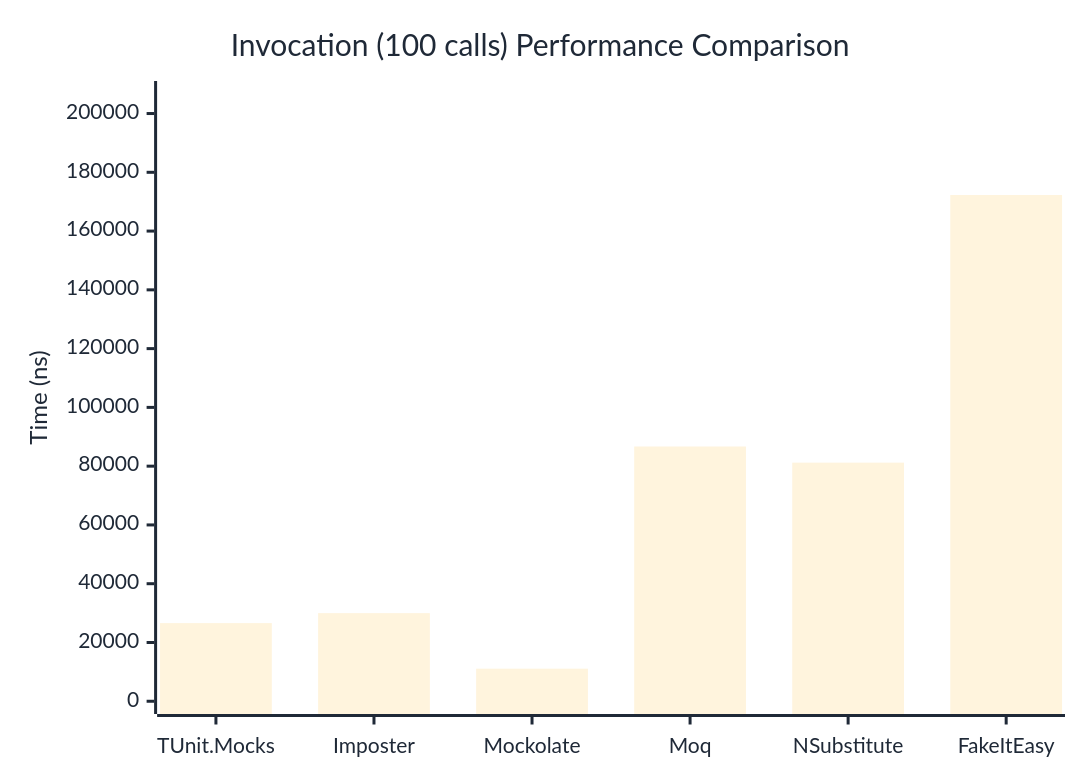
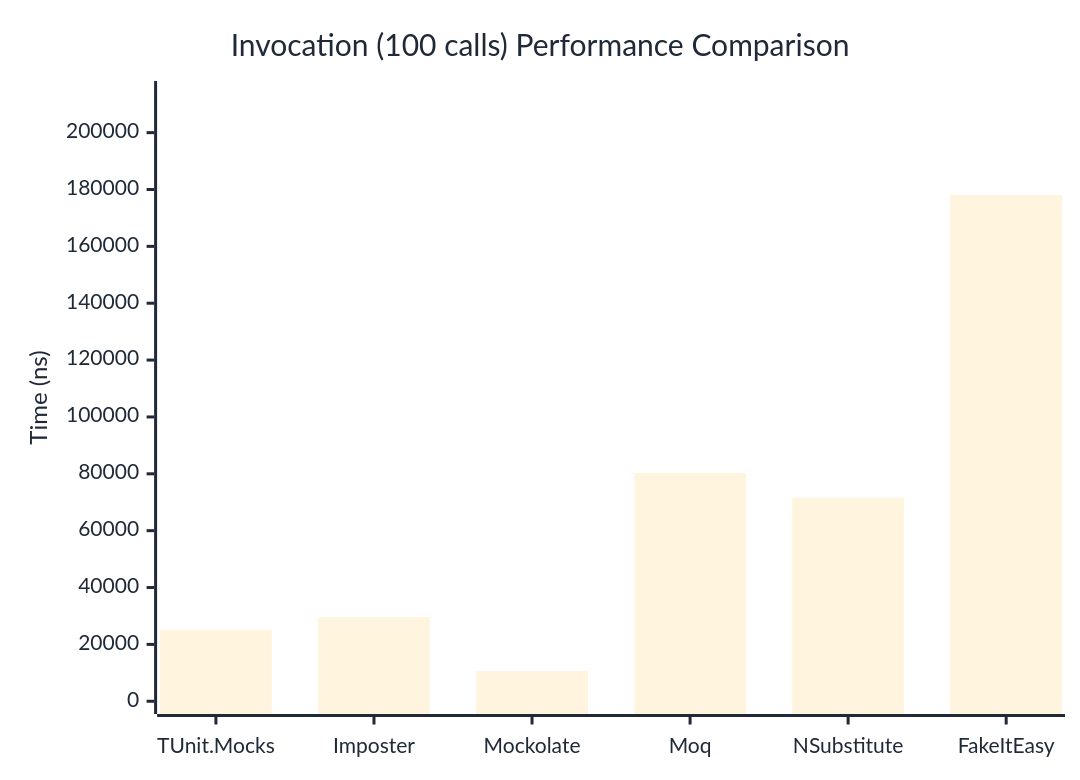
The third of 3 diagrams in docs/docs/benchmarks/mocks/Invocation.md (thomhurst/TUnit), drawn with Mermaid before and after one commit. The commit also changed other lines of this file and 14 other files, not shown here.

````diff
--- a/docs/docs/benchmarks/mocks/Invocation.md
+++ b/docs/docs/benchmarks/mocks/Invocation.md
@@ -110,27 +110,27 @@
 ```mermaid
 %%{init: {
   'theme':'base',
   'themeVariables': {
     'primaryColor': '#2563eb',
     'primaryTextColor': '#1f2937',
     'primaryBorderColor': '#1e40af',
     'lineColor': '#6b7280',
     'secondaryColor': '#7c3aed',
     'tertiaryColor': '#dc2626',
     'background': '#ffffff',
     'pie1': '#2563eb',
     'pie2': '#7c3aed',
     'pie3': '#dc2626',
     'pie4': '#f59e0b',
     'pie5': '#10b981',
     'pie6': '#06b6d4',
     'pie7': '#ec4899',
     'pie8': '#6366f1'
   }
 }}%%
 xychart-beta
   title "Invocation (100 calls) Performance Comparison"
   x-axis ["TUnit.Mocks", "Imposter", "Mockolate", "Moq", "NSubstitute", "FakeItEasy"]
-  y-axis "Time (ns)" 0 --> 206732
-  bar [26592.2, 29983, 11084.2, 86691.8, 81197.3, 172276.3]
+  y-axis "Time (ns)" 0 --> 213679
+  bar [25056.4, 29579.1, 10672, 80233.4, 71590.8, 178065.3]
 ```
````
